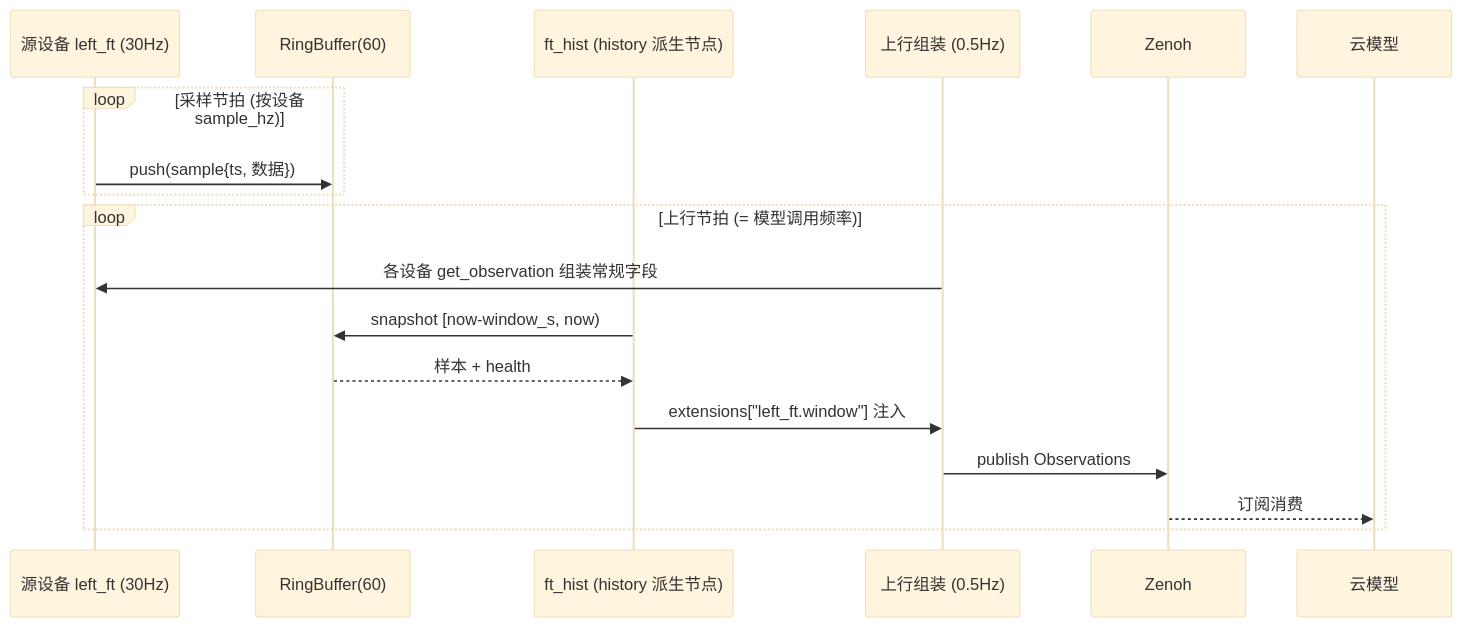
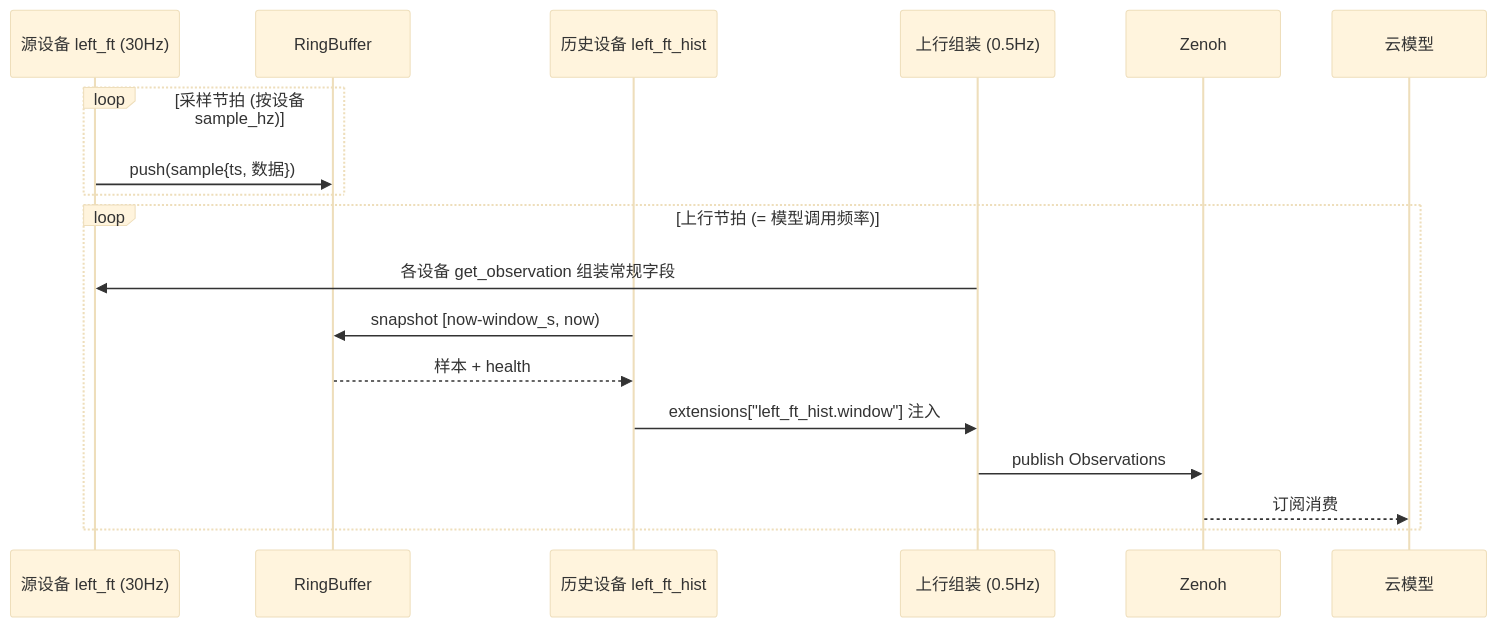
Before and after one commit to vincentguiling/cloudrobo-sdk-client: the diagram in docs/design/r2c-multi-device-tree-design.md, drawn with Mermaid (base theme). The commit also changed other lines of this file, not shown here.

````diff
--- a/docs/design/r2c-multi-device-tree-design.md
+++ b/docs/design/r2c-multi-device-tree-design.md
@@ -151,20 +157,20 @@
 ```mermaid
 sequenceDiagram
     participant S as 源设备 left_ft (30Hz)
-    participant R as RingBuffer(60)
-    participant H as ft_hist (history 派生节点)
+    participant R as RingBuffer
+    participant H as 历史设备 left_ft_hist
     participant P as 上行组装 (0.5Hz)
     participant Z as Zenoh
     participant C as 云模型
     loop 采样节拍 (按设备 sample_hz)
         S->>R: push(sample{ts, 数据})
     end
     loop 上行节拍 (= 模型调用频率)
         P->>S: 各设备 get_observation 组装常规字段
         H->>R: snapshot [now-window_s, now)
         R-->>H: 样本 + health
-        H->>P: extensions["left_ft.window"] 注入
+        H->>P: extensions["left_ft_hist.window"] 注入
         P->>Z: publish Observations
         Z-->>C: 订阅消费
     end
 ```
````
